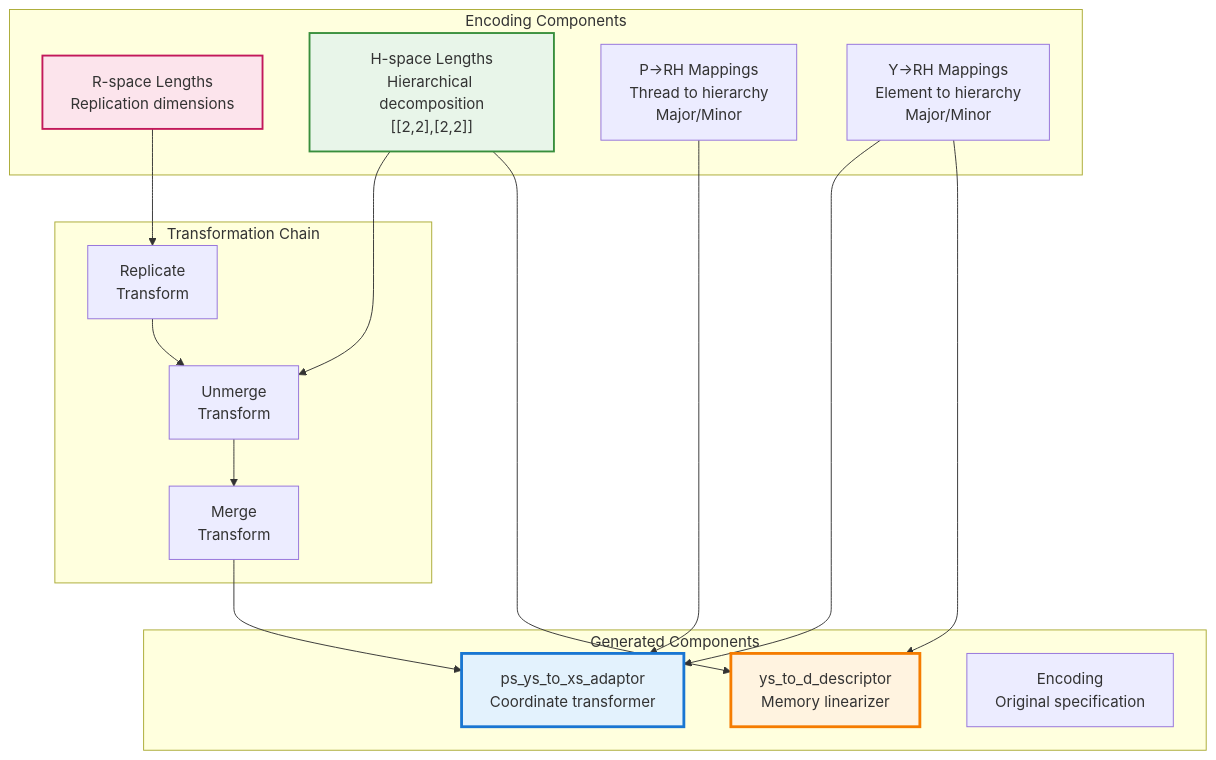
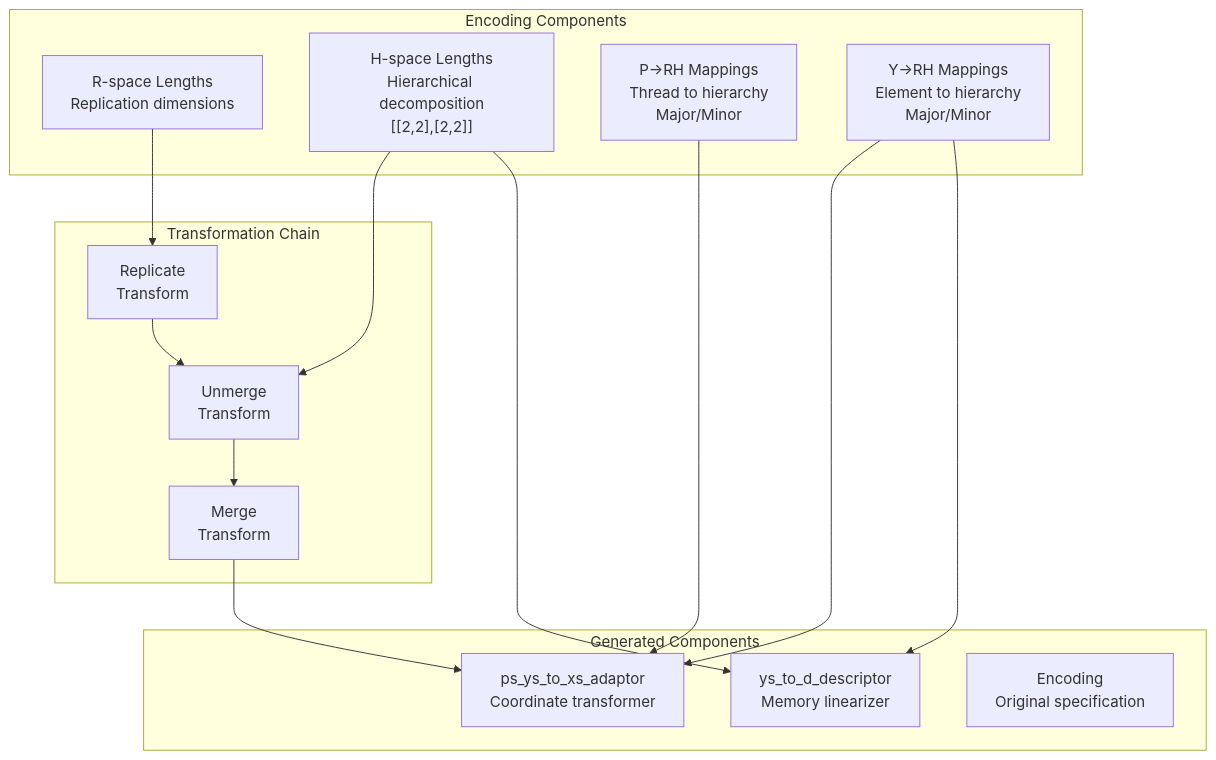
The first of 2 diagrams in projects/composablekernel/docs/conceptual/ck_tile/encoding_internals.rst (hdt98/rocm-libraries), drawn with Mermaid before and after one commit. The commit also changed other lines of this file and 21 other files, not shown here.

First line of the commit message:
[ck] Updated CK Tile documentation to use mermaid diagrams (#7955)

```diff
--- a/projects/composablekernel/docs/conceptual/ck_tile/encoding_internals.rst
+++ b/projects/composablekernel/docs/conceptual/ck_tile/encoding_internals.rst
@@ -21,38 +18,33 @@
-   .. mermaid::
-   
-      graph TB
-          subgraph "Encoding Components"
-              RS["R-space Lengths<br/>Replication dimensions"]
-              HS["H-space Lengths<br/>Hierarchical decomposition<br/>[[2,2],[2,2]]"]
-              P2RH["P→RH Mappings<br/>Thread to hierarchy<br/>Major/Minor"]
-              Y2RH["Y→RH Mappings<br/>Element to hierarchy<br/>Major/Minor"]
-          end
-          
-          subgraph "Generated Components"
-              ADAPTOR["ps_ys_to_xs_adaptor<br/>Coordinate transformer"]
-              DESC["ys_to_d_descriptor<br/>Memory linearizer"]
-              ENC["Encoding<br/>Original specification"]
-          end
-          
-          subgraph "Transformation Chain"
-              T1["Replicate<br/>Transform"]
-              T2["Unmerge<br/>Transform"]
-              T3["Merge<br/>Transform"]
-          end
-          
-          RS --> T1
-          HS --> T2
-          P2RH --> ADAPTOR
-          Y2RH --> ADAPTOR
-          
-          T1 --> T2
-          T2 --> T3
-          T3 --> ADAPTOR
-          
-          HS --> DESC
-          Y2RH --> DESC
-          
-          style RS fill:#fce4ec,stroke:#c2185b,stroke-width:2px
-          style HS fill:#e8f5e9,stroke:#388e3c,stroke-width:2px
-          style ADAPTOR fill:#e3f2fd,stroke:#1976d2,stroke-width:3px
-          style DESC fill:#fff3e0,stroke:#f57c00,stroke-width:3px
+.. mermaid::
+
+   graph TB
+       subgraph "Encoding Components"
+           RS["R-space Lengths<br/>Replication dimensions"]
+           HS["H-space Lengths<br/>Hierarchical decomposition<br/>[[2,2],[2,2]]"]
+           P2RH["P→RH Mappings<br/>Thread to hierarchy<br/>Major/Minor"]
+           Y2RH["Y→RH Mappings<br/>Element to hierarchy<br/>Major/Minor"]
+       end
+
+       subgraph "Generated Components"
+           ADAPTOR["ps_ys_to_xs_adaptor<br/>Coordinate transformer"]
+           DESC["ys_to_d_descriptor<br/>Memory linearizer"]
+           ENC["Encoding<br/>Original specification"]
+       end
+
+       subgraph "Transformation Chain"
+           T1["Replicate<br/>Transform"]
+           T2["Unmerge<br/>Transform"]
+           T3["Merge<br/>Transform"]
+       end
+
+       RS --> T1
+       HS --> T2
+       P2RH --> ADAPTOR
+       Y2RH --> ADAPTOR
+
+       T1 --> T2
+       T2 --> T3
+       T3 --> ADAPTOR
+
+       HS --> DESC
+       Y2RH --> DESC
```
